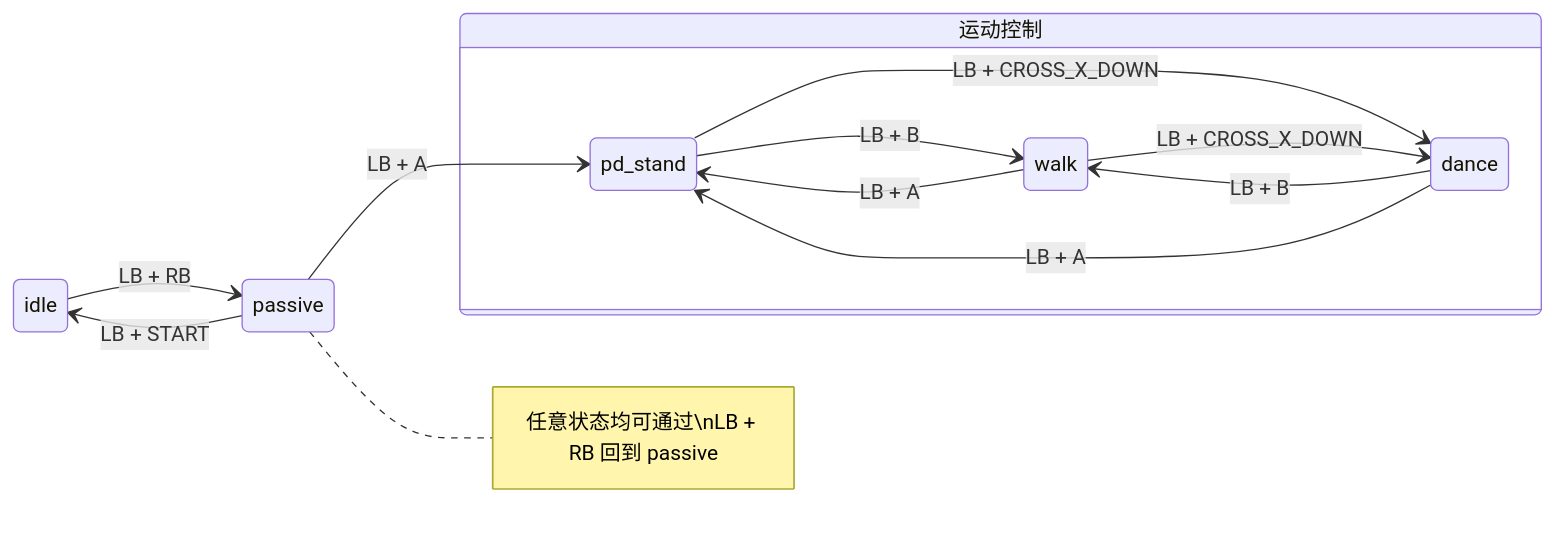
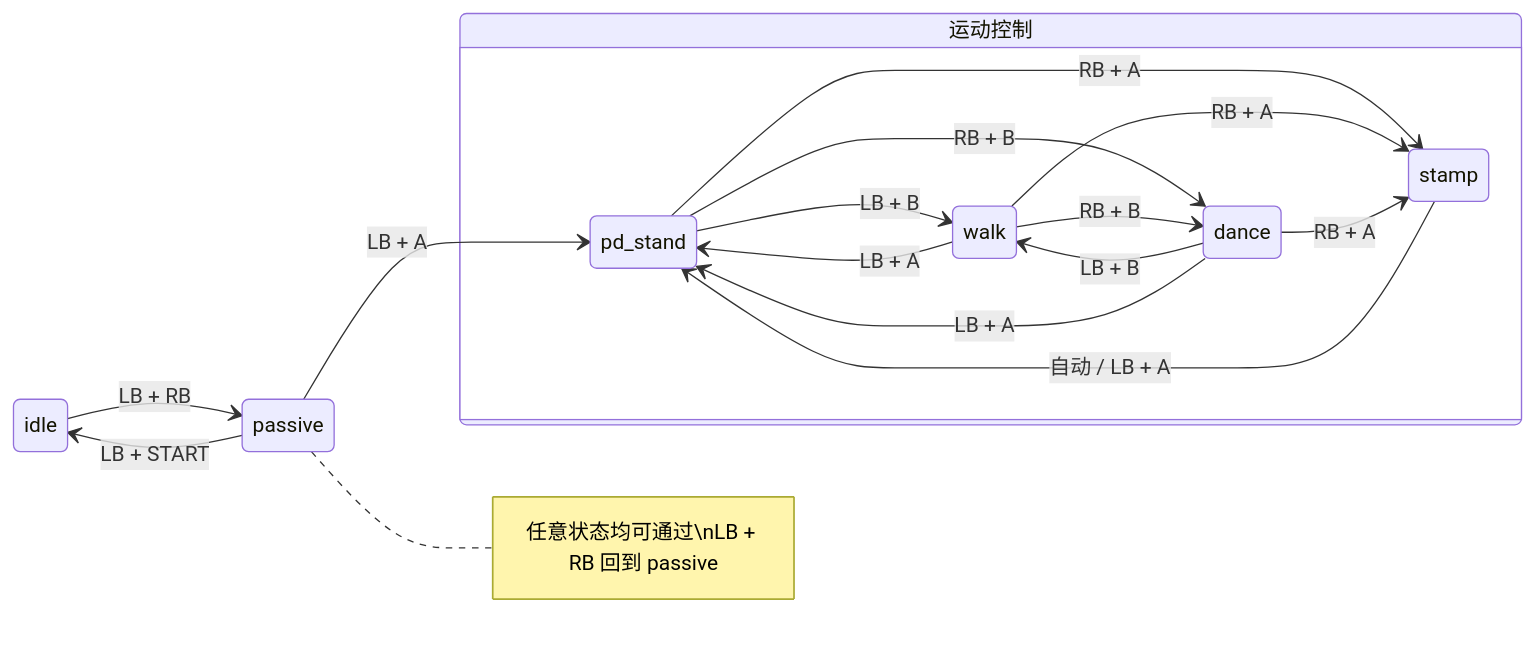
One commit to Max-Liu/engineai_robotics_native_sdk changed the diagram in README_CN.md. Above: the diagram before and after it, drawn with Mermaid. The commit also changed other lines of this file and 10 other files, not shown here.

````diff
--- a/README_CN.md
+++ b/README_CN.md
@@ -167,22 +171,26 @@
 ```mermaid
 stateDiagram-v2
     direction LR
 
     idle --> passive : LB + RB
     passive --> idle : LB + START
 
     passive --> pd_stand : LB + A
 
     state 运动控制 {
         direction LR
         pd_stand --> walk : LB + B
-        pd_stand --> dance : LB + CROSS_X_DOWN
+        pd_stand --> dance : RB + B
+        pd_stand --> stamp : RB + A
         walk --> pd_stand : LB + A
         dance --> walk : LB + B
         dance --> pd_stand : LB + A
-        walk --> dance : LB + CROSS_X_DOWN
+        walk --> dance : RB + B
+        walk --> stamp : RB + A
+        dance --> stamp : RB + A
+        stamp --> pd_stand : 自动 / LB + A
         
     }
 
     note right of passive : 任意状态均可通过\nLB + RB 回到 passive
 ```
````
